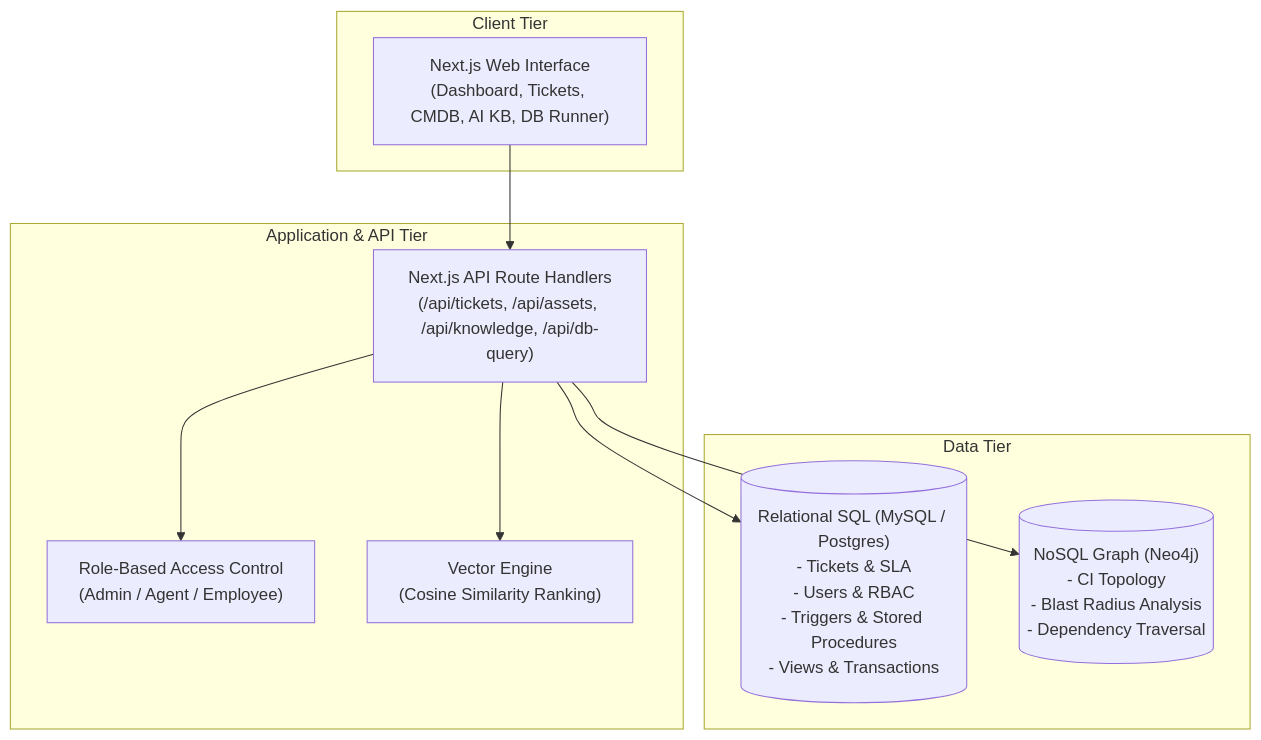
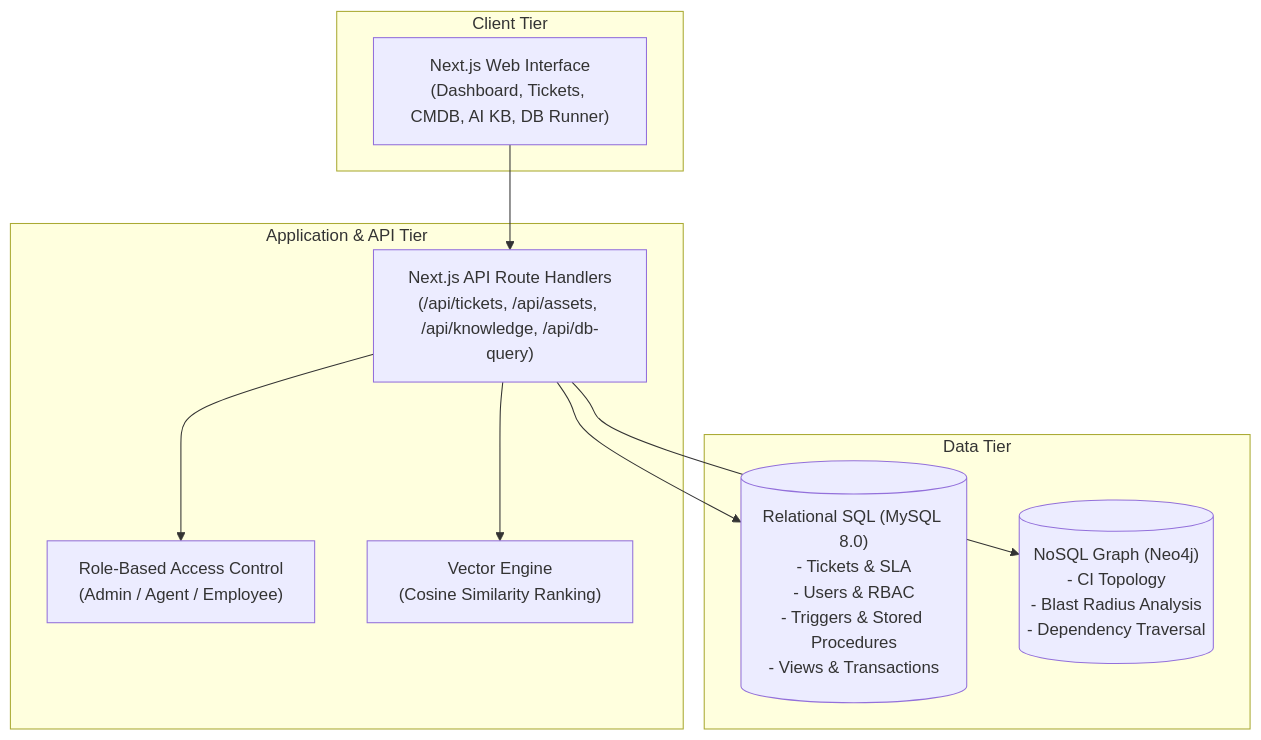
One commit to vinayr-07/smart-it-service-desk changed the second of 2 diagrams in docs/PROJECT_DOCUMENTATION.md. Above: the diagram before and after it, drawn with Mermaid. The commit also changed other lines of this file and 2 other files, not shown here.

````diff
--- a/docs/PROJECT_DOCUMENTATION.md
+++ b/docs/PROJECT_DOCUMENTATION.md
@@ -267,23 +499,23 @@
 ```mermaid
 graph TD
     subgraph Client Tier
         UI["Next.js Web Interface\n(Dashboard, Tickets, CMDB, AI KB, DB Runner)"]
     end
 
     subgraph Application & API Tier
         API["Next.js API Route Handlers\n(/api/tickets, /api/assets, /api/knowledge, /api/db-query)"]
         AUTH["Role-Based Access Control\n(Admin / Agent / Employee)"]
         VEC["Vector Engine\n(Cosine Similarity Ranking)"]
     end
 
     subgraph Data Tier
-        SQL[("Relational SQL (MySQL / Postgres)\n- Tickets & SLA\n- Users & RBAC\n- Triggers & Stored Procedures\n- Views & Transactions")]
+        SQL[("Relational SQL (MySQL 8.0)\n- Tickets & SLA\n- Users & RBAC\n- Triggers & Stored Procedures\n- Views & Transactions")]
         GRAPH[("NoSQL Graph (Neo4j)\n- CI Topology\n- Blast Radius Analysis\n- Dependency Traversal")]
     end
 
     UI --> API
     API --> AUTH
     API --> VEC
     API --> SQL
     API --> GRAPH
 ```
````
